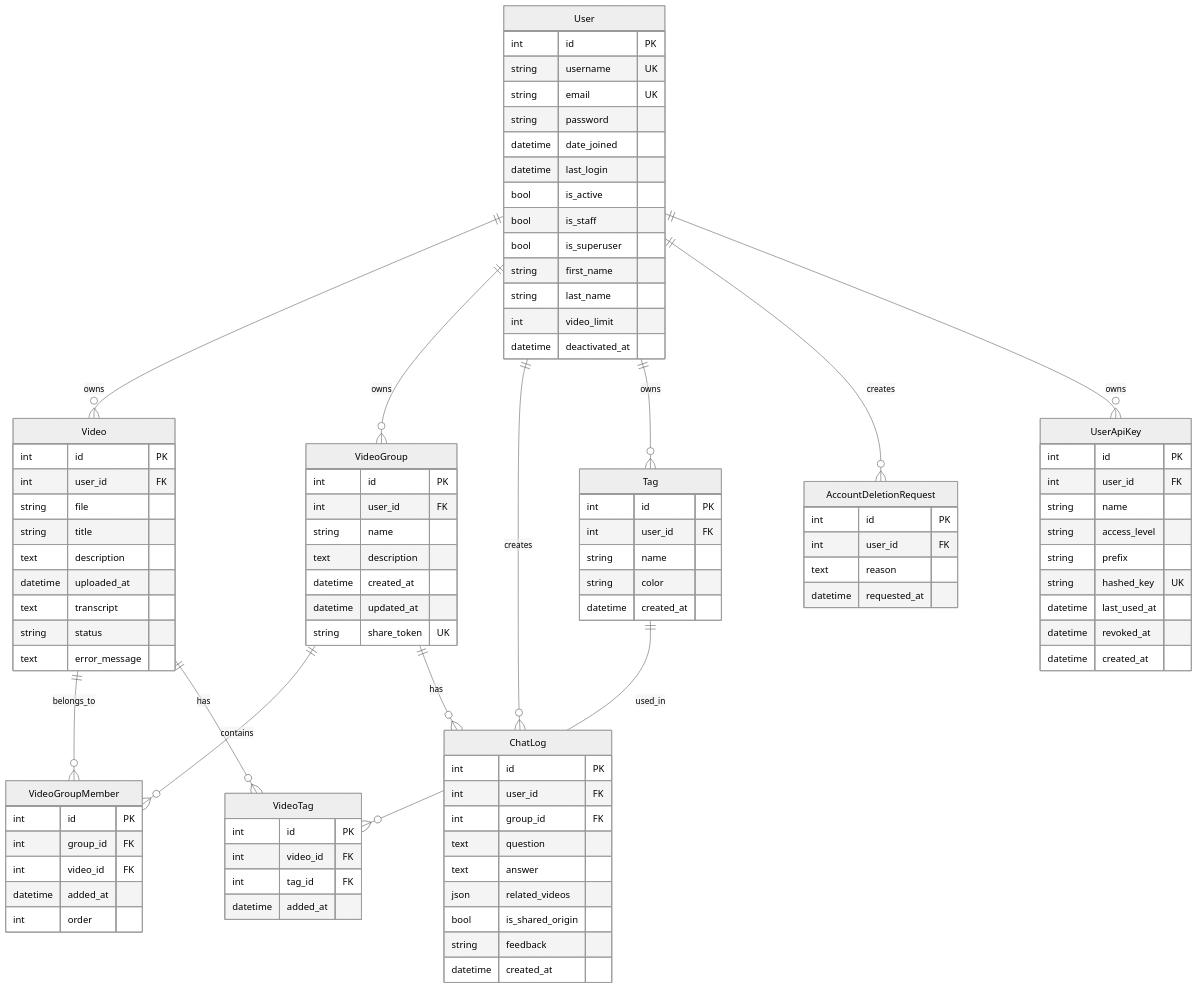
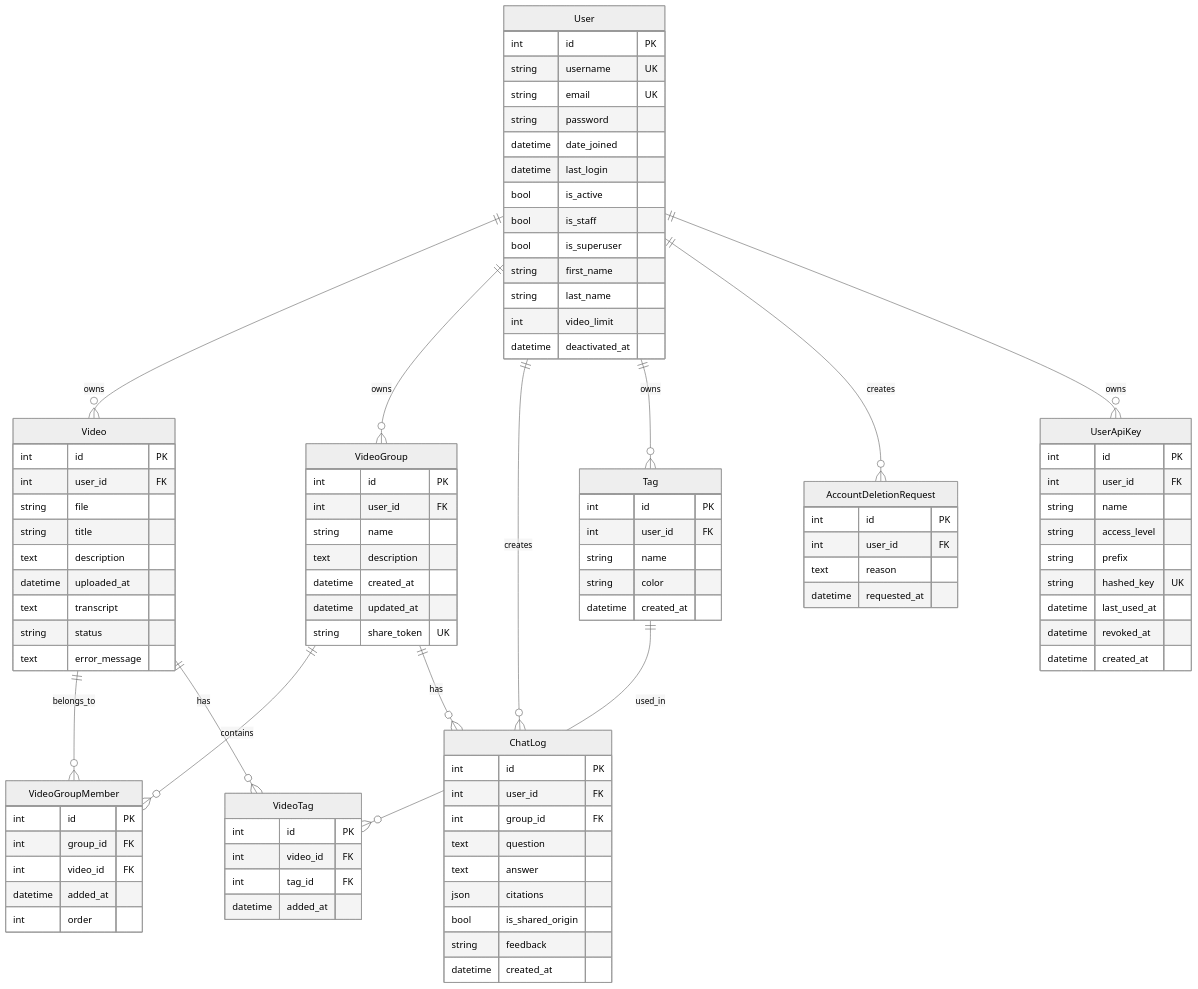
The diagram in docs/database/er-diagram.md (yukiharada1228/videoq), drawn with Mermaid (neutral theme) before and after one commit. The commit also changed 47 other files, not shown here.

Commit message:
Remove related_videos and switch to citations

```diff
--- a/docs/database/er-diagram.md
+++ b/docs/database/er-diagram.md
@@ -72,7 +72,7 @@
         int group_id FK
         text question
         text answer
-        json related_videos
+        json citations
         bool is_shared_origin
         string feedback
         datetime created_at
```
